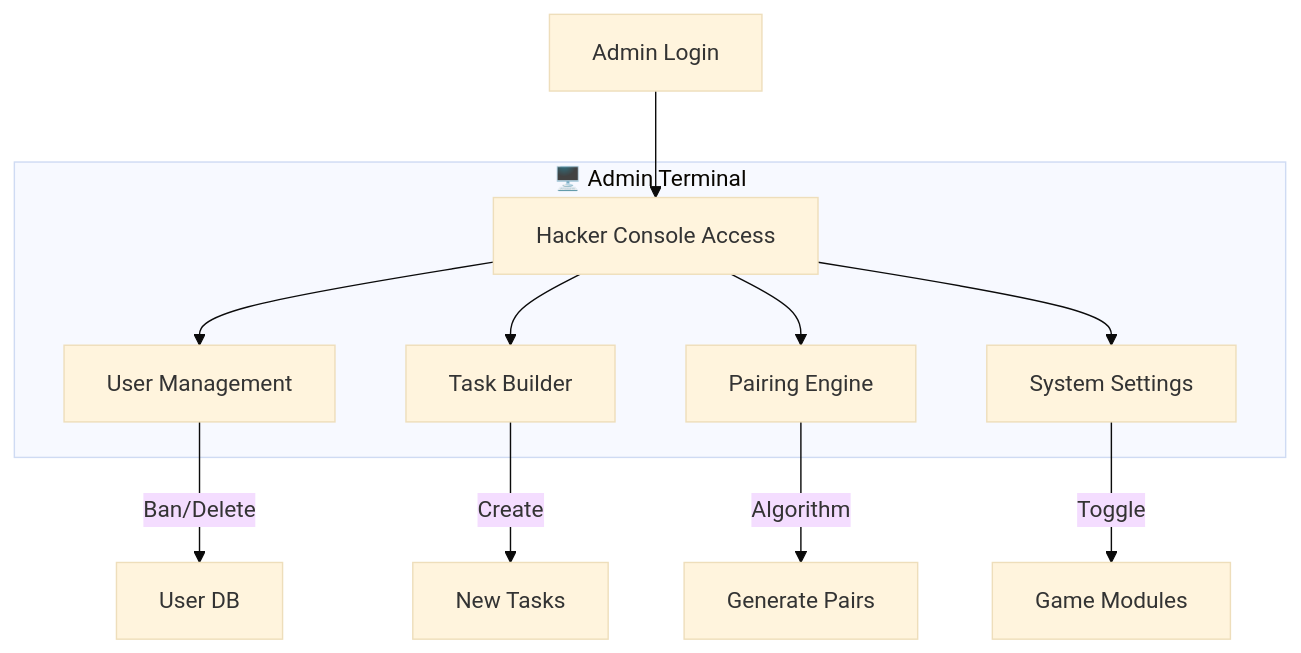
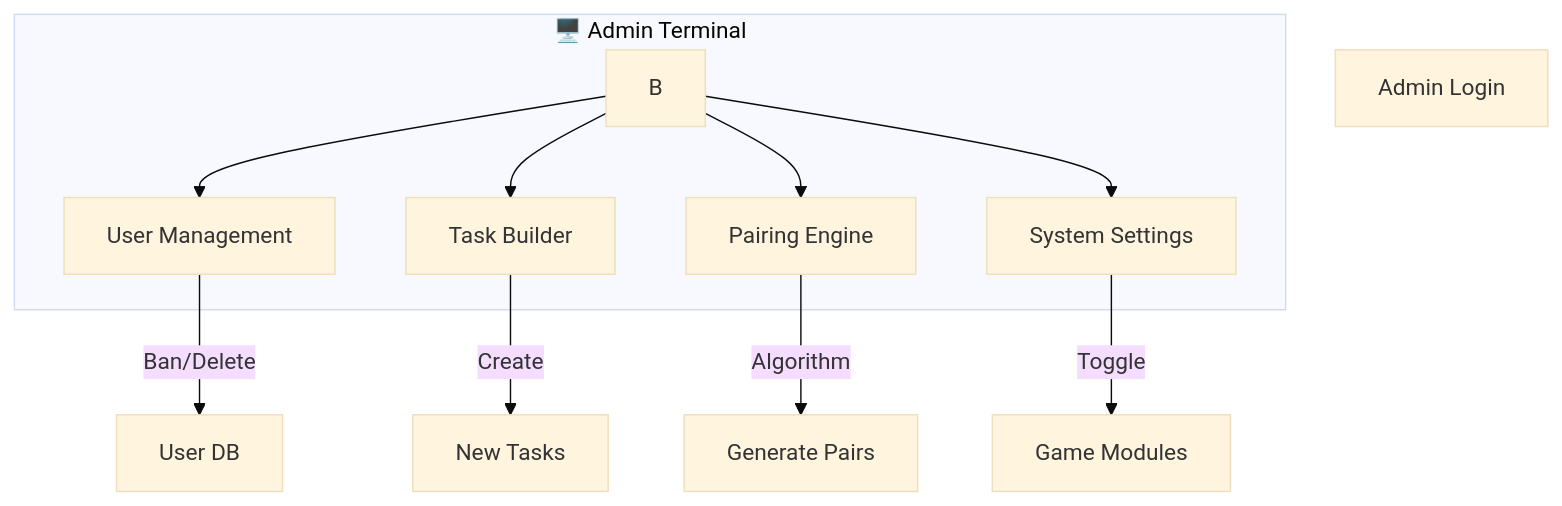
One commit to JACKURUVI99/SecretSanta-2025 changed the second of 2 diagrams in README.md. Above: the diagram before and after it, drawn with Mermaid (base theme). The commit also changed other lines of this file, not shown here.

````diff
--- a/README.md
+++ b/README.md
@@ -61,16 +61,16 @@
 ```mermaid
 graph TD
-    A[Admin Login] --> B[Hacker Console Access]
+    A[Admin Login] 
     
     subgraph "🖥️ Admin Terminal"
         B --> C[User Management]
         B --> D[Task Builder]
         B --> E[Pairing Engine]
         B --> F[System Settings]
     end
     
     C -->|Ban/Delete| G[User DB]
     D -->|Create| H[New Tasks]
     E -->|Algorithm| I[Generate Pairs]
     F -->|Toggle| J[Game Modules]
 ```
````
